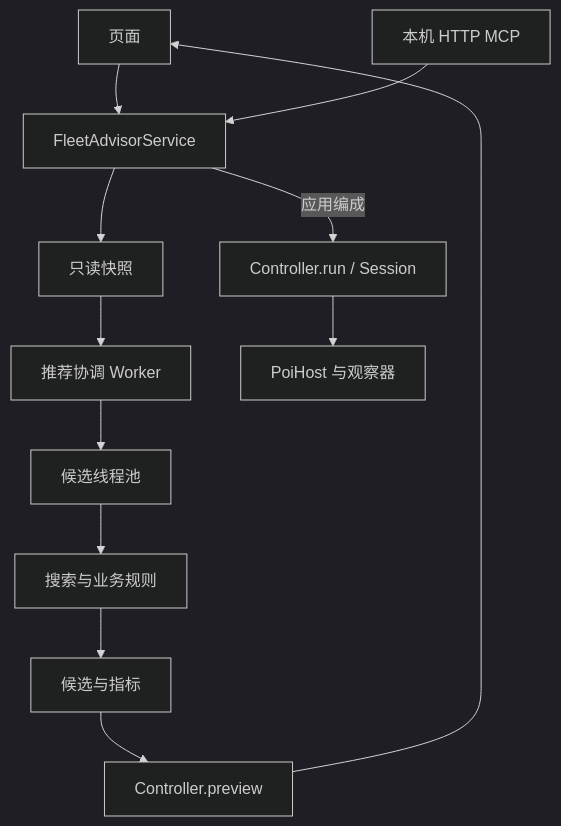
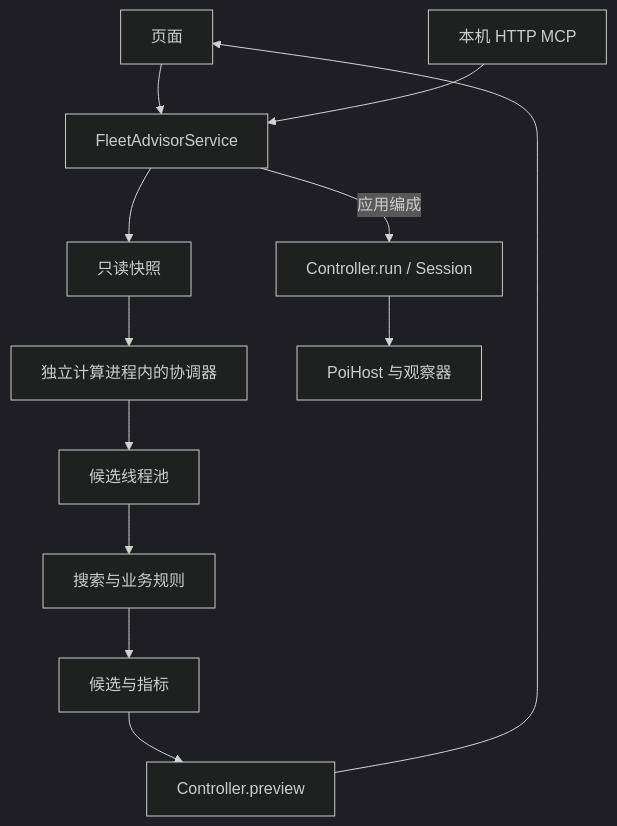
Before and after one commit to virgosnow/poi-plugin-fleet-advisor: the diagram in docs/ARCHITECTURE.md, drawn with Mermaid (dark theme). The commit also changed other lines of this file and 9 other files, not shown here.

````diff
--- a/docs/ARCHITECTURE.md
+++ b/docs/ARCHITECTURE.md
@@ -60,14 +60,14 @@
 ```mermaid
 flowchart TD
   UI[页面] --> APP[FleetAdvisorService]
   MCP[本机 HTTP MCP] --> APP
   APP --> SNAP[只读快照]
-  SNAP --> WORKER[推荐协调 Worker]
+  SNAP --> WORKER[独立计算进程内的协调器]
   WORKER --> POOL[候选线程池]
   POOL --> RULES[搜索与业务规则]
   RULES --> RESULT[候选与指标]
   RESULT --> PREVIEW[Controller.preview]
   PREVIEW --> UI
   APP -->|应用编成| EXEC[Controller.run / Session]
   EXEC --> HOST[PoiHost 与观察器]
 ```
````
